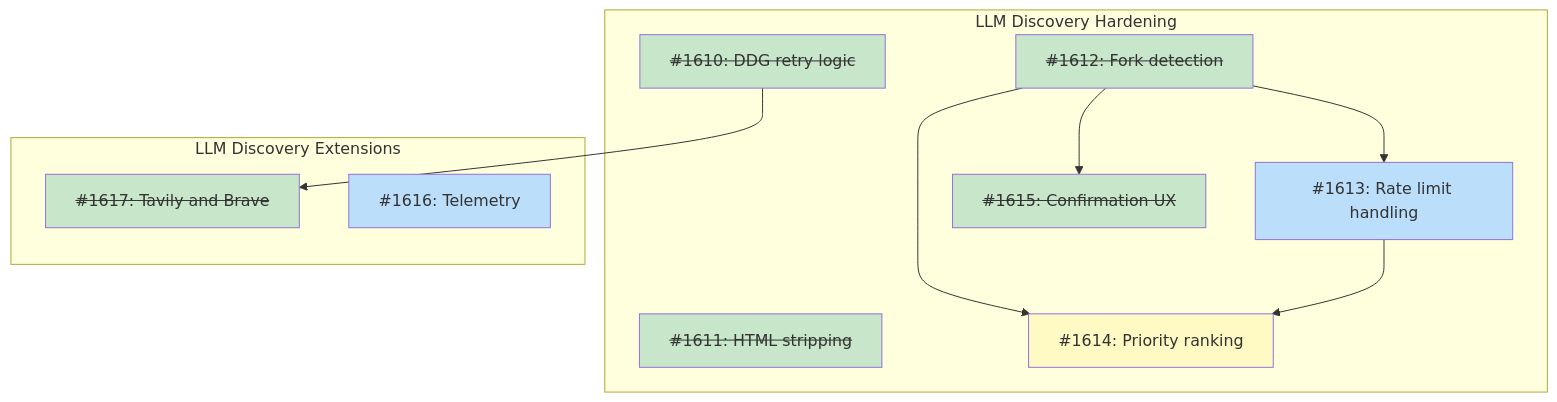
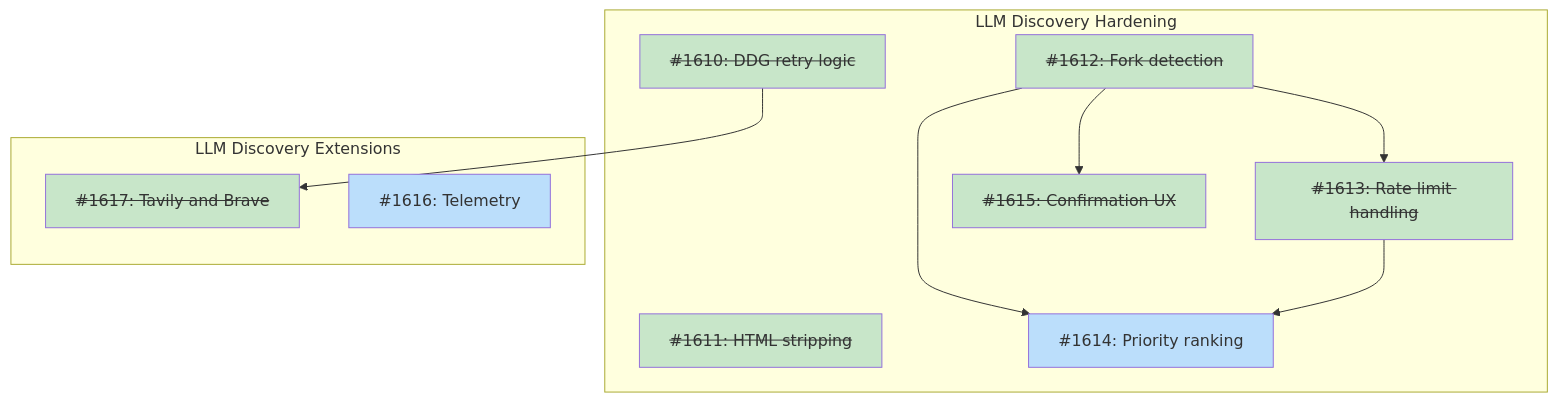
Before and after one commit to tsukumogami/tsuku: the diagram in docs/designs/DESIGN-llm-discovery-implementation.md, drawn with Mermaid. The commit also changed other lines of this file, not shown here.

Commit message:
docs: mark issue #1613 as done in design diagram

````diff
--- a/docs/designs/DESIGN-llm-discovery-implementation.md
+++ b/docs/designs/DESIGN-llm-discovery-implementation.md
@@ -61,31 +61,30 @@
 ```mermaid
 graph TD
     subgraph Hardening["LLM Discovery Hardening"]
         I1610["<s>#1610: DDG retry logic</s>"]
         I1611["<s>#1611: HTML stripping</s>"]
         I1612["<s>#1612: Fork detection</s>"]
-        I1613["#1613: Rate limit handling"]
+        I1613["<s>#1613: Rate limit handling</s>"]
         I1614["#1614: Priority ranking"]
         I1615["<s>#1615: Confirmation UX</s>"]
     end
 
     subgraph Extensions["LLM Discovery Extensions"]
         I1617["<s>#1617: Tavily and Brave</s>"]
         I1616["#1616: Telemetry"]
     end
 
     I1610 --> I1617
     I1612 --> I1613
     I1612 --> I1614
     I1612 --> I1615
     I1613 --> I1614
 
     classDef done fill:#c8e6c9
     classDef ready fill:#bbdefb
     classDef blocked fill:#fff9c4
     classDef needsDesign fill:#e1bee7
 
-    class I1610,I1611,I1612,I1615,I1617 done
-    class I1613,I1616 ready
-    class I1614 blocked
+    class I1610,I1611,I1612,I1613,I1615,I1617 done
+    class I1614,I1616 ready
 ```
````
